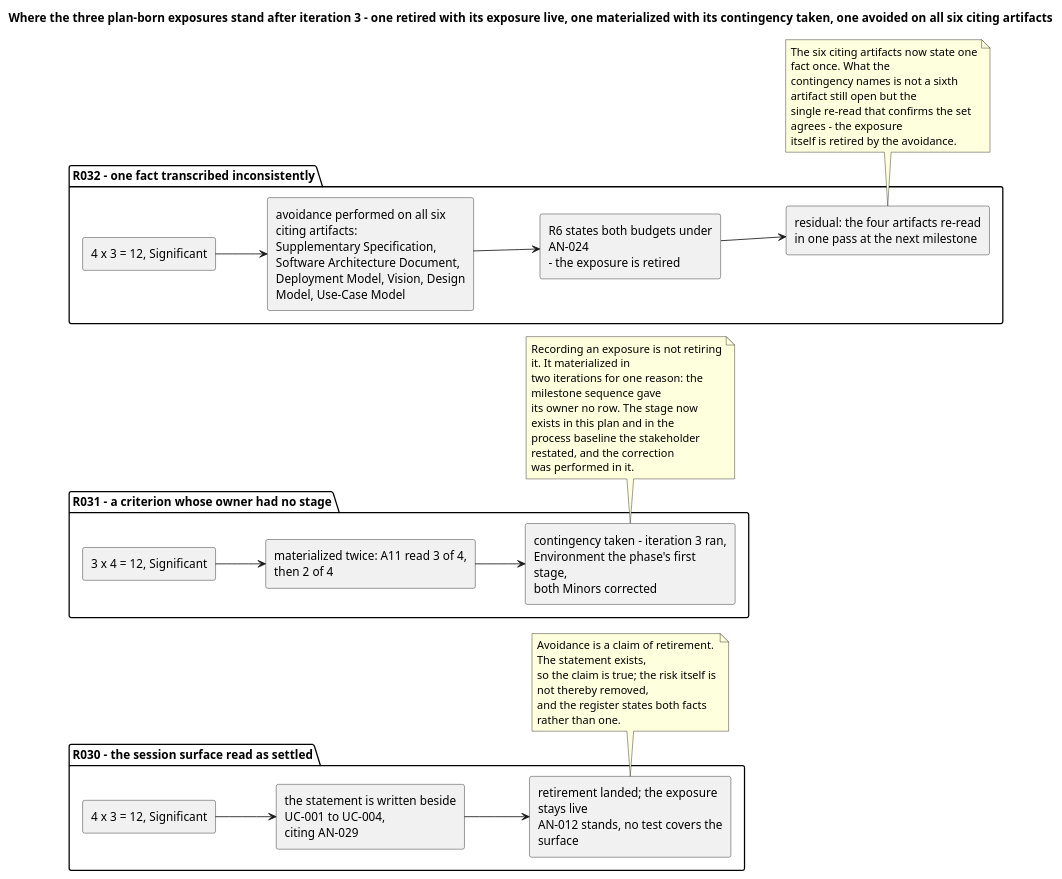
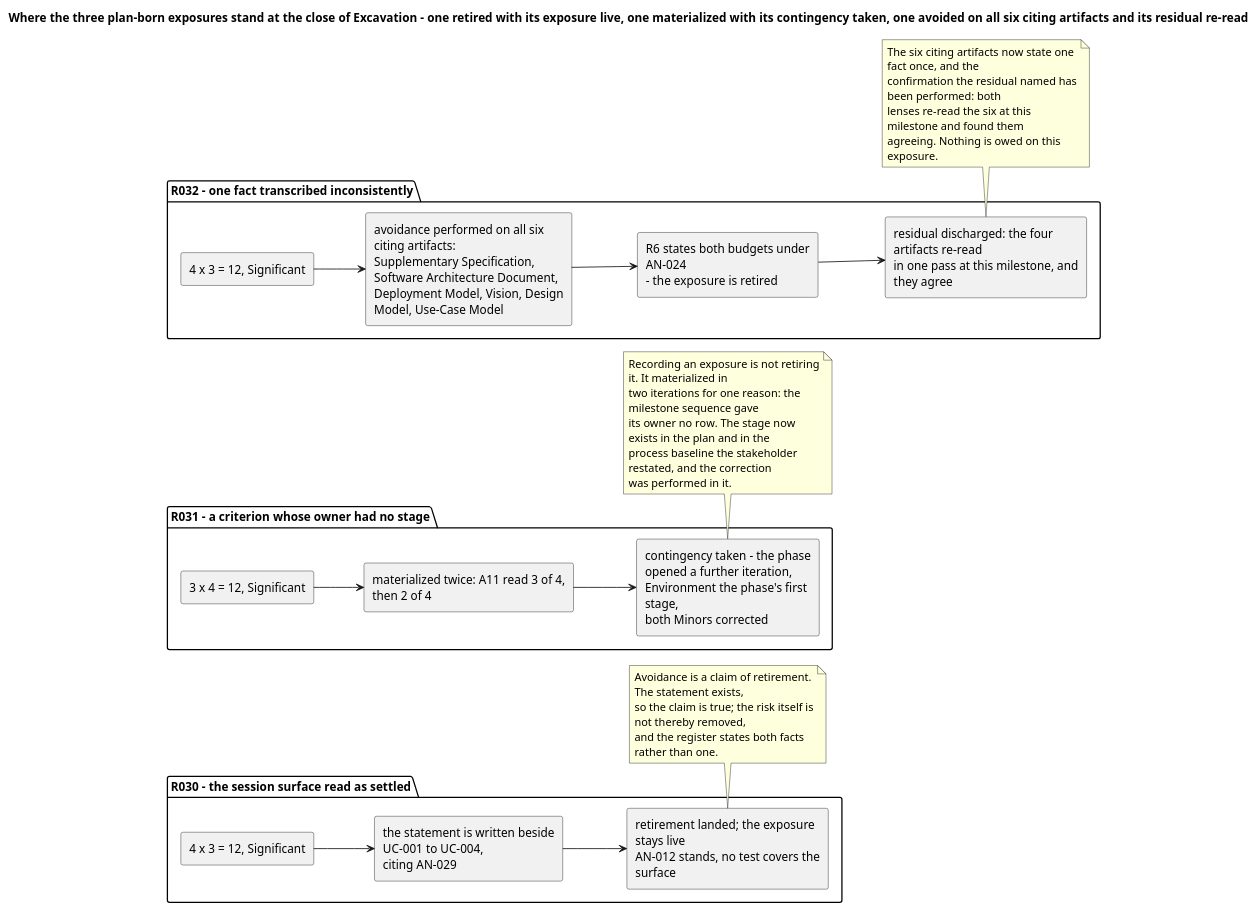
Before and after one commit to banense-test/TodoApp: the third of 3 diagrams in docs/artifacts/project-management/risk-list.md, drawn with PlantUML. The commit also changed other lines of this file, not shown here.

Commit message:
Project Manager [Excavation4]: upsert Risk List
[skip ci]

````diff
--- a/docs/artifacts/project-management/risk-list.md
+++ b/docs/artifacts/project-management/risk-list.md
@@ -265,53 +265,53 @@
 ```plantuml
 @startuml
-title Where the three plan-born exposures stand after iteration 3 - one retired with its exposure live, one materialized with its contingency taken, one avoided on all six citing artifacts
+title Where the three plan-born exposures stand at the close of Excavation - one retired with its exposure live, one materialized with its contingency taken, one avoided on all six citing artifacts and its residual re-read
 skinparam shadowing false
 skinparam componentStyle rectangle
 skinparam wrapWidth 230
 left to right direction
 
 package "R030 - the session surface read as settled" {
   component "4 x 3 = 12, Significant" as R30
   component "the statement is written beside UC-001 to UC-004,\nciting AN-029" as R30A
   component "retirement landed; the exposure stays live\nAN-012 stands, no test covers the surface" as R30B
 }
 package "R031 - a criterion whose owner had no stage" {
   component "3 x 4 = 12, Significant" as R31
   component "materialized twice: A11 read 3 of 4, then 2 of 4" as R31A
-  component "contingency taken - iteration 3 ran,\nEnvironment the phase's first stage,\nboth Minors corrected" as R31B
+  component "contingency taken - the phase opened a further iteration,\nEnvironment the phase's first stage,\nboth Minors corrected" as R31B
 }
 package "R032 - one fact transcribed inconsistently" {
   component "4 x 3 = 12, Significant" as R32
   component "avoidance performed on all six citing artifacts:\nSupplementary Specification, Software Architecture Document,\nDeployment Model, Vision, Design Model, Use-Case Model" as R32A
   component "R6 states both budgets under AN-024\n- the exposure is retired" as R32B
-  component "residual: the four artifacts re-read\nin one pass at the next milestone" as R32C
+  component "residual discharged: the four artifacts re-read\nin one pass at this milestone, and they agree" as R32C
 }
 
 R30 --> R30A
 R30A --> R30B
 R31 --> R31A
 R31A --> R31B
 R32 --> R32A
 R32A --> R32B
 R32B --> R32C
 
 note bottom of R30B
   Avoidance is a claim of retirement. The statement exists,
   so the claim is true; the risk itself is not thereby removed,
   and the register states both facts rather than one.
 end note
 note bottom of R31B
   Recording an exposure is not retiring it. It materialized in
   two iterations for one reason: the milestone sequence gave
-  its owner no row. The stage now exists in this plan and in the
+  its owner no row. The stage now exists in the plan and in the
   process baseline the stakeholder restated, and the correction
   was performed in it.
 end note
 note bottom of R32C
-  The six citing artifacts now state one fact once. What the
-  contingency names is not a sixth artifact still open but the
-  single re-read that confirms the set agrees - the exposure
-  itself is retired by the avoidance.
+  The six citing artifacts now state one fact once, and the
+  confirmation the residual named has been performed: both
+  lenses re-read the six at this milestone and found them
+  agreeing. Nothing is owed on this exposure.
 end note
 @enduml
 ```
````
